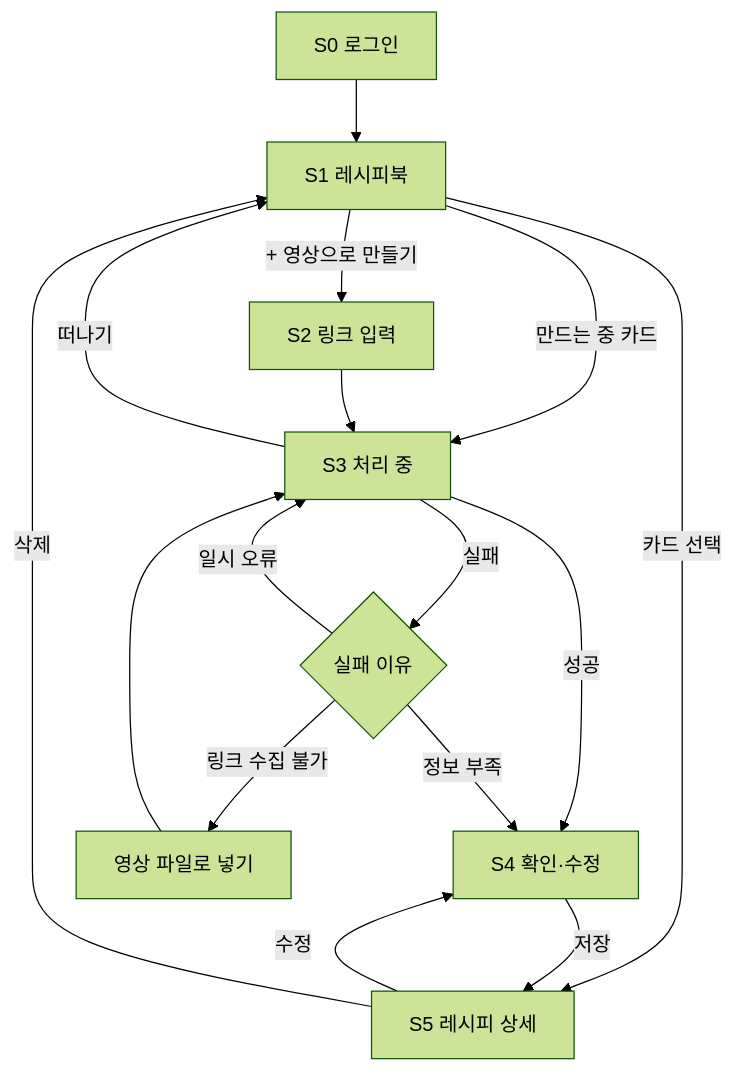
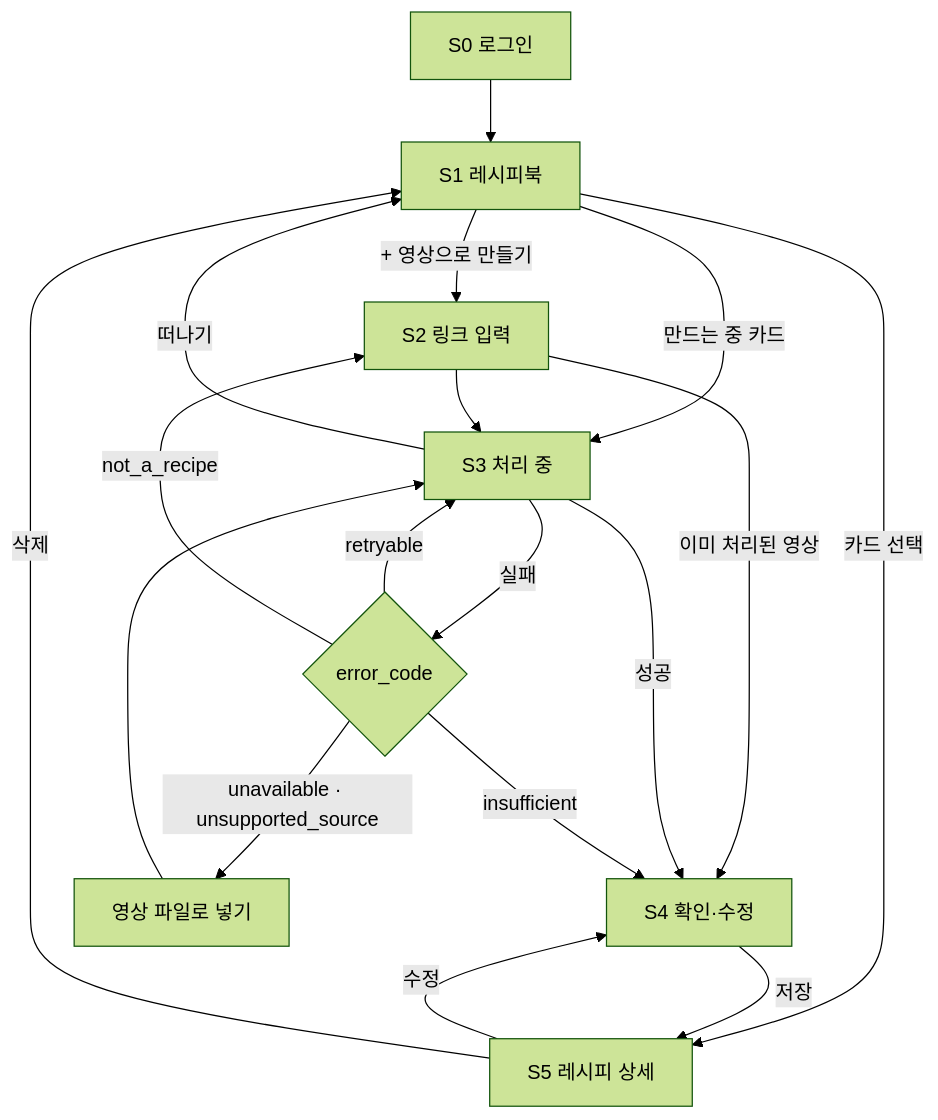
One commit to pbl-applied-ai/applied-ai changed the diagram in docs/ux-flow.md. Above: the diagram before and after it, drawn with Mermaid (forest theme). The commit also changed other lines of this file, not shown here.

First line of the commit message:
docs: UX 플로우 v0.4 (개발 계획 v0.8 화면 범위 반영)

````diff
--- a/docs/ux-flow.md
+++ b/docs/ux-flow.md
@@ -33,18 +33,20 @@
 ```mermaid
 flowchart TD
   Login[S0 로그인] --> Book[S1 레시피북]
   Book -->|+ 영상으로 만들기| Input[S2 링크 입력]
   Book -->|카드 선택| Detail[S5 레시피 상세]
   Book -->|만드는 중 카드| Proc
+  Input -->|이미 처리된 영상| Review
   Input --> Proc[S3 처리 중]
   Proc -->|떠나기| Book
   Proc -->|성공| Review[S4 확인·수정]
-  Proc -->|실패| Fail{실패 이유}
-  Fail -->|일시 오류| Proc
-  Fail -->|링크 수집 불가| Upload[영상 파일로 넣기]
+  Proc -->|실패| Fail{error_code}
+  Fail -->|retryable| Proc
+  Fail -->|unavailable · unsupported_source| Upload[영상 파일로 넣기]
   Upload --> Proc
-  Fail -->|정보 부족| Review
+  Fail -->|not_a_recipe| Input
+  Fail -->|insufficient| Review
   Review -->|저장| Detail
   Detail -->|수정| Review
   Detail -->|삭제| Book
 ```
````
